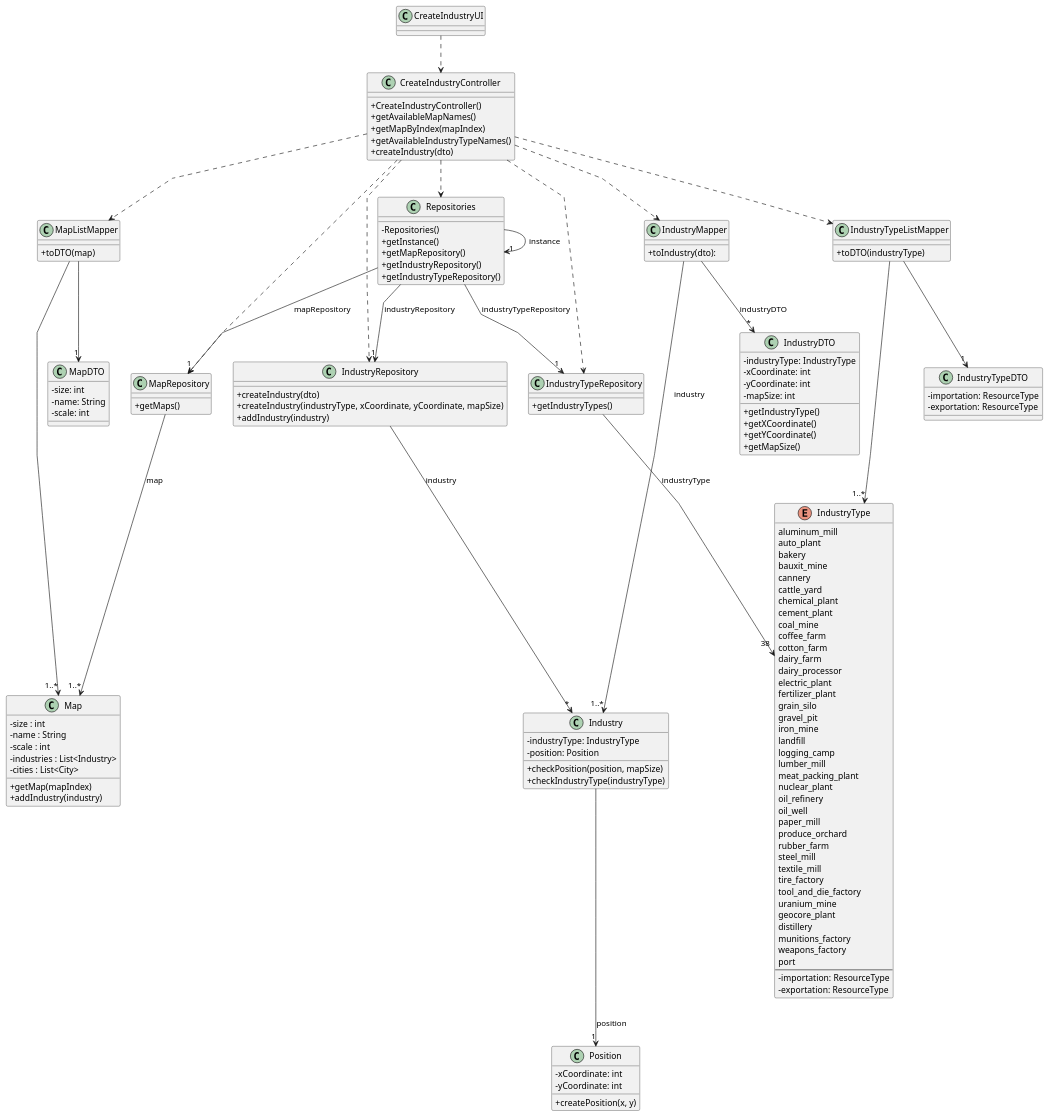
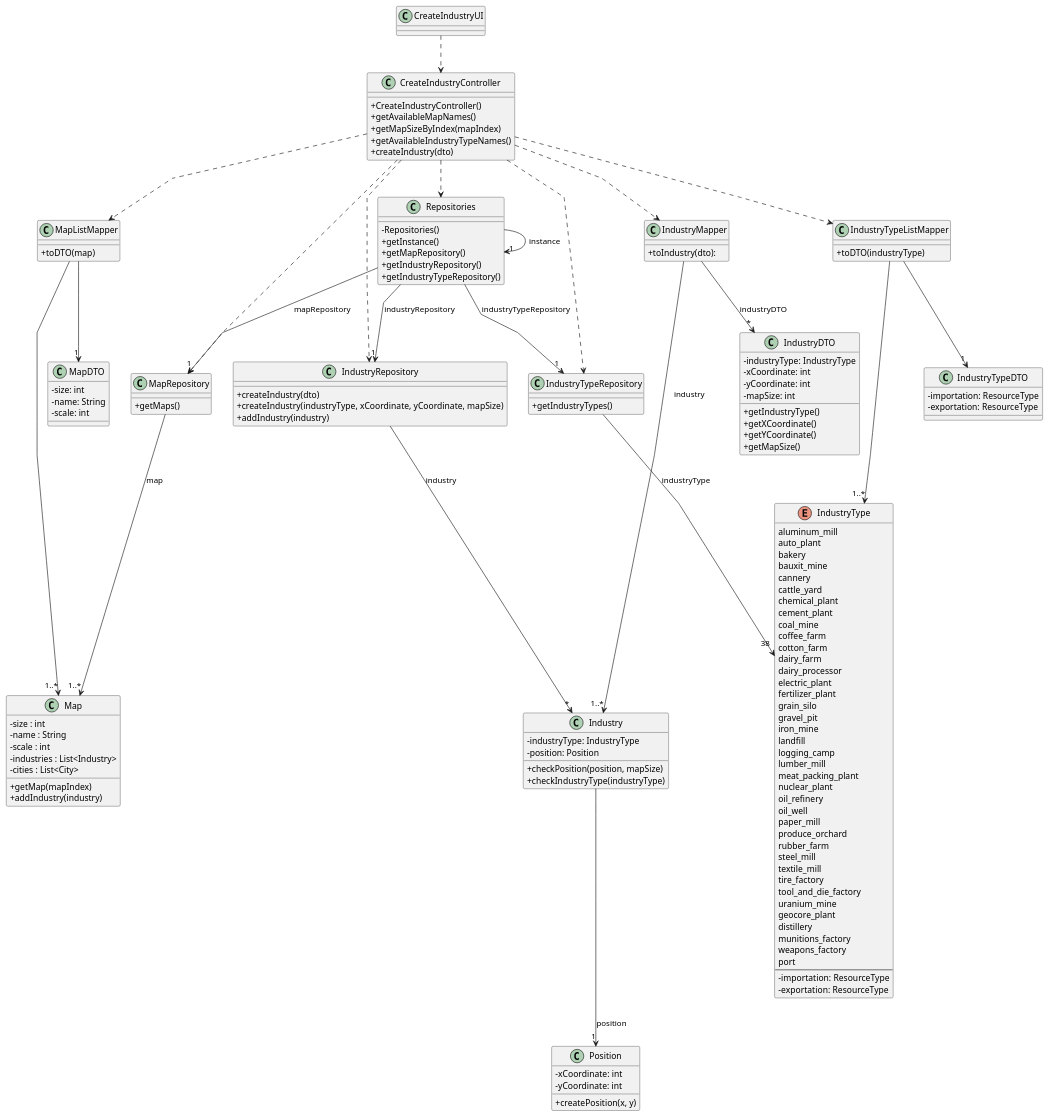
One commit to 1240935/pi2-railway-simulator changed the diagram in Sprint3/US002/03.design/puml/US002-CD.puml. Above: the diagram before and after it, drawn with PlantUML. The commit also changed 20 other files, not shown here.

```diff
--- a/Sprint3/US002/03.design/puml/US002-CD.puml
+++ b/Sprint3/US002/03.design/puml/US002-CD.puml
@@ -1,177 +1,177 @@
 @startuml
 'skinparam monochrome true
 skinparam packageStyle rectangle
 skinparam shadowing false
 skinparam linetype polyline
 'skinparam linetype orto
 
 skinparam classAttributeIconSize 0
 
 'left to right direction
 
 class CreateIndustryUI {
 }
 
 class CreateIndustryController {
   +CreateIndustryController()
   +getAvailableMapNames()
-  +getMapByIndex(mapIndex)
+  +getMapSizeByIndex(mapIndex)
   +getAvailableIndustryTypeNames()
   +createIndustry(dto)
 }
 
 class Repositories {
   -Repositories()
   +getInstance()
   +getMapRepository()
   +getIndustryRepository()
   +getIndustryTypeRepository()
 }
 
 class MapRepository {
   +getMaps()
 }
 
 class IndustryRepository {
   +createIndustry(dto)
   +createIndustry(industryType, xCoordinate, yCoordinate, mapSize)
   +addIndustry(industry)
 }
 
 class IndustryTypeRepository {
   +getIndustryTypes()
 }
 
 class MapListMapper {
    +toDTO(map)
 }
 
 class IndustryTypeListMapper {
   +toDTO(industryType)
 }
 
 class IndustryMapper {
   +toIndustry(dto):
 }
 
 class MapDTO {
   -size: int
   -name: String
   -scale: int
 }
 
 class IndustryTypeDTO {
   -importation: ResourceType
   -exportation: ResourceType
 }
 
 class IndustryDTO {
   -industryType: IndustryType
   -xCoordinate: int
   -yCoordinate: int
   -mapSize: int
   +getIndustryType()
   +getXCoordinate()
   +getYCoordinate()
   +getMapSize()
 }
 
 class Map {
   - size : int
   - name : String
   - scale : int
   - industries : List<Industry>
   - cities : List<City>
   +getMap(mapIndex)
   +addIndustry(industry)
 }
 
 class Industry {
   -industryType: IndustryType
   -position: Position
   +checkPosition(position, mapSize)
   +checkIndustryType(industryType)
 }
 
  enum IndustryType{
     aluminum_mill
     auto_plant
     bakery
     bauxit_mine
     cannery
     cattle_yard
     chemical_plant
     cement_plant
     coal_mine
     coffee_farm
     cotton_farm
     dairy_farm
     dairy_processor
     electric_plant
     fertilizer_plant
     grain_silo
     gravel_pit
     iron_mine
     landfill
     logging_camp
     lumber_mill
     meat_packing_plant
     nuclear_plant
     oil_refinery
     oil_well
     paper_mill
     produce_orchard
     rubber_farm
     steel_mill
     textile_mill
     tire_factory
     tool_and_die_factory
     uranium_mine
     geocore_plant
     distillery
     munitions_factory
     weapons_factory
     port
     --
     -importation: ResourceType
     -exportation: ResourceType
   }
 
 class Position {
   -xCoordinate: int
   -yCoordinate: int
   +createPosition(x, y)
 }
 
 CreateIndustryUI ..> CreateIndustryController
 
 CreateIndustryController ..> Repositories
 CreateIndustryController ..> MapListMapper
 CreateIndustryController ..> IndustryTypeRepository
 CreateIndustryController ..> MapRepository
 CreateIndustryController ..> IndustryRepository
 CreateIndustryController ..> IndustryTypeListMapper
 CreateIndustryController ..> IndustryMapper
 
 Repositories -> "1" Repositories : instance
 Repositories --> "1" MapRepository: mapRepository
 Repositories --> "1" IndustryRepository: industryRepository
 Repositories --> "1" IndustryTypeRepository: industryTypeRepository
 
 MapListMapper --> "1" MapDTO
 MapListMapper --> "1..*" Map
 
 IndustryTypeListMapper --> "1" IndustryTypeDTO
 IndustryTypeListMapper --> "1..*" IndustryType
 
 IndustryMapper --> "1..*" Industry: industry
 IndustryMapper --> "*" IndustryDTO: industryDTO
 
 Industry --> "1" Position: position
 
 IndustryTypeRepository --> "38" IndustryType: industryType
 MapRepository --> "1..*" Map: map
 
 IndustryRepository --> "*" Industry: industry
 
 @enduml
```
